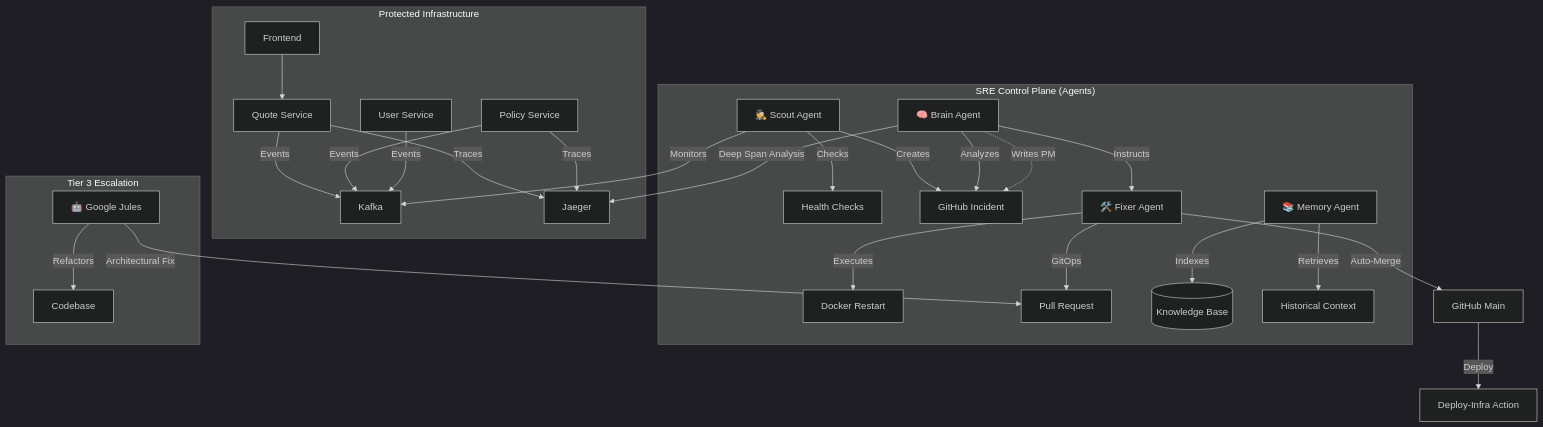
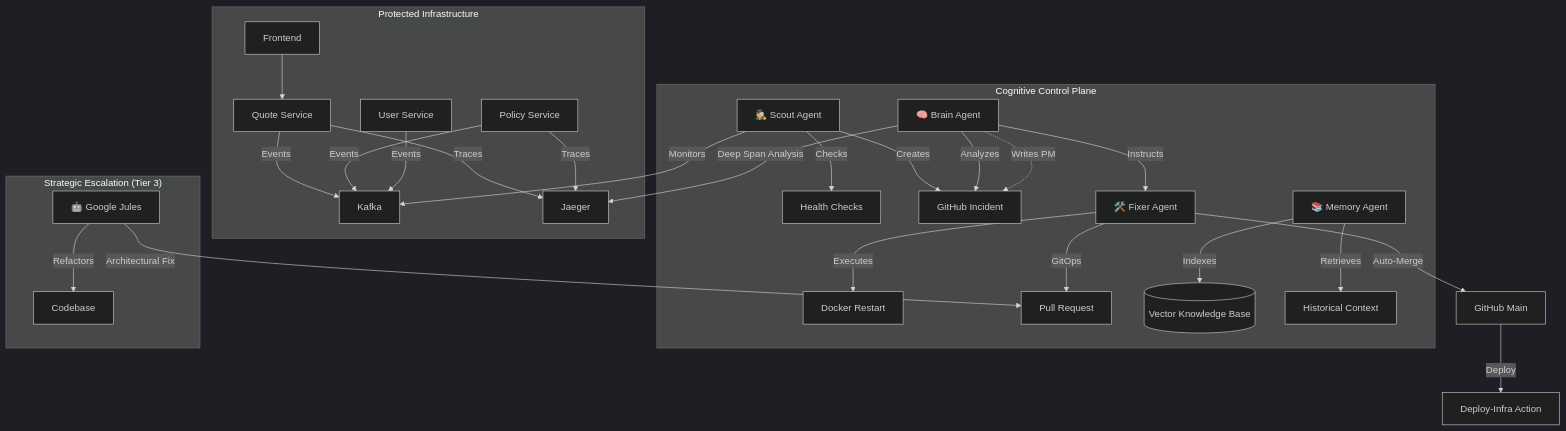
One commit to mohammedsalmanj/sre.space-cp changed the first of 2 diagrams in README.md. Above: the diagram before and after it, drawn with Mermaid (dark theme). The commit also changed other lines of this file, not shown here.

Commit message:
feat: Rework README to emphasize cognitive and agentic aspects, add a new 'Reactive to Cognitive' comparison, and update agent descriptions.

````diff
--- a/README.md
+++ b/README.md
@@ -15,36 +26,36 @@
 ```mermaid
 graph TD
     subgraph "Protected Infrastructure"
         QS[Quote Service] -->|Events| Kafka
         PS[Policy Service] -->|Events| Kafka
         US[User Service] -->|Events| Kafka
         Frontend --> QS
         QS -->|Traces| Jaeger
         PS -->|Traces| Jaeger
     end
 
-    subgraph "SRE Control Plane (Agents)"
+    subgraph "Cognitive Control Plane"
         Scout[🕵️ Scout Agent] -->|Monitors| Kafka
         Scout -->|Checks| Health[Health Checks]
         Scout -->|Creates| Issue[GitHub Incident]
 
         Brain[🧠 Brain Agent] -->|Analyzes| Issue
         Brain -->|Deep Span Analysis| Jaeger
         Brain -->|Instructs| Fixer
 
         Fixer[🛠️ Fixer Agent] -->|Executes| Cmd[Docker Restart]
         Fixer -->|GitOps| PR[Pull Request]
         
-        Memory[📚 Memory Agent] -->|Indexes| ChromaDB[(Knowledge Base)]
+        Memory[📚 Memory Agent] -->|Indexes| ChromaDB[(Vector Knowledge Base)]
         Memory -->|Retrieves| Patterns[Historical Context]
     end
 
-    subgraph "Tier 3 Escalation"
+    subgraph "Strategic Escalation (Tier 3)"
         Jules[🤖 Google Jules] -->|Refactors| Code[Codebase]
         Jules -->|Architectural Fix| PR
     end
 
     Brain -.->|Writes PM| Issue
     Fixer -->|Auto-Merge| GitHub[GitHub Main]
     GitHub -->|Deploy| Infra[Deploy-Infra Action]
 ```
````
